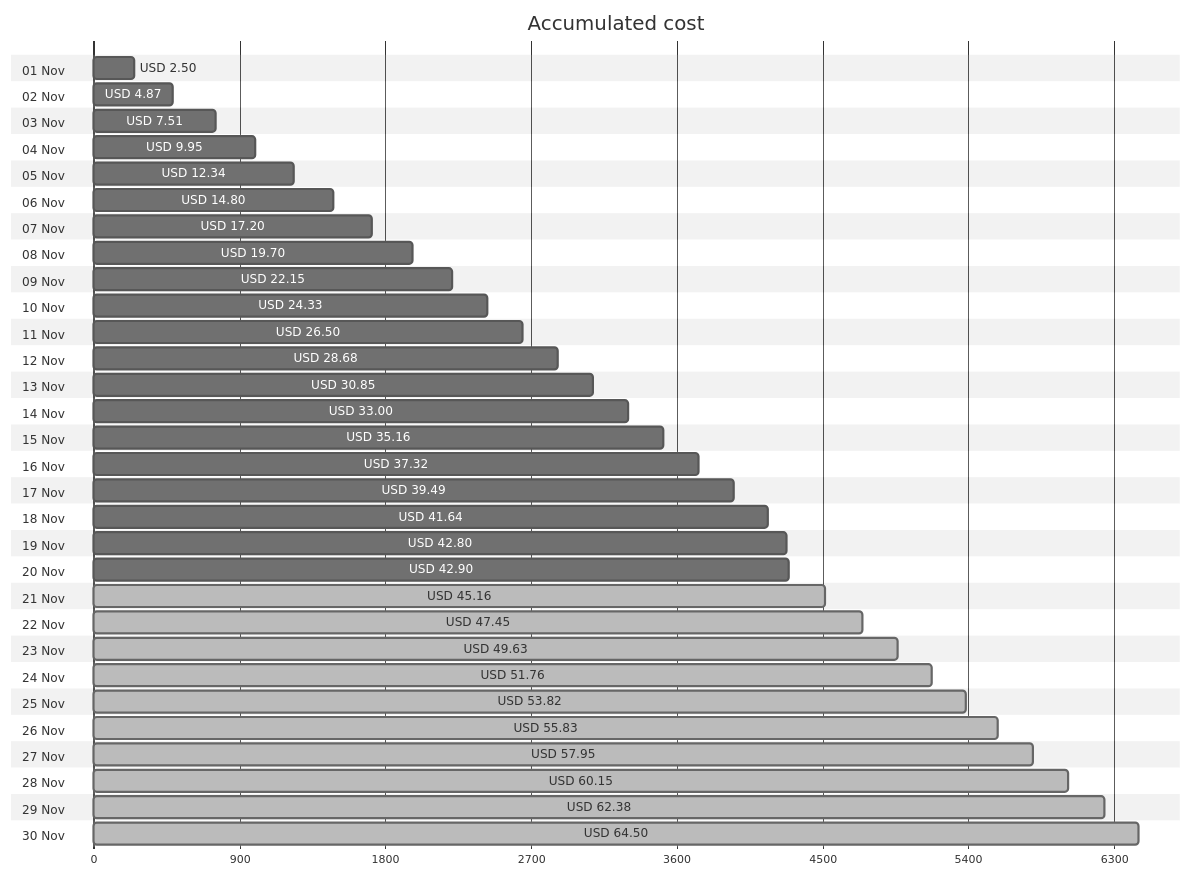
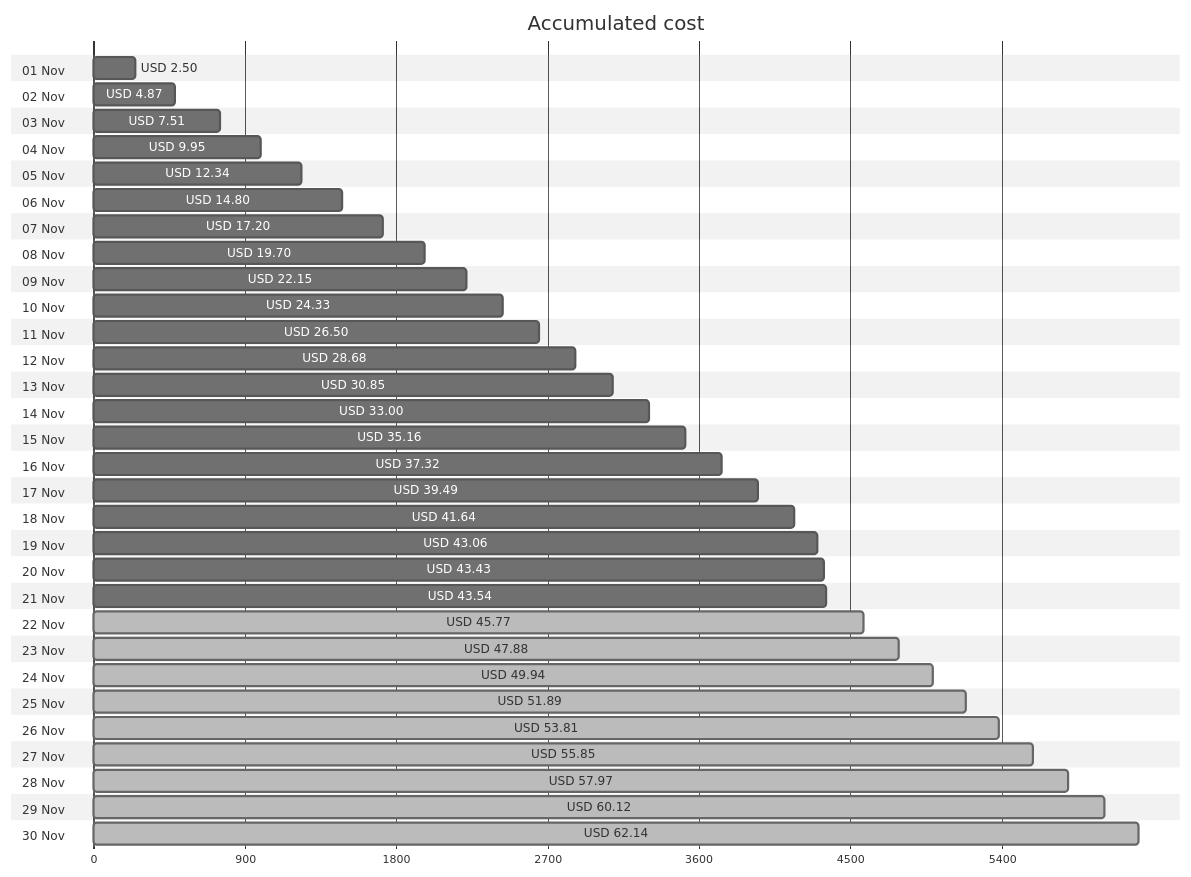
One commit to jpfulton/azure-personal-reports changed the first of 4 diagrams in cost-reports/accumulated-cost.md. Above: the diagram before and after it, drawn with Mermaid (neutral theme). The commit also changed other lines of this file and 4 other files, not shown here.

````diff
--- a/cost-reports/accumulated-cost.md
+++ b/cost-reports/accumulated-cost.md
@@ -20,66 +20,66 @@
 ```mermaid
 gantt
    title Accumulated cost
    dateFormat  X
    axisFormat %s
    section 01 Nov
    USD 2.50 :0, 250
    section 02 Nov
    USD 4.87 :0, 487
    section 03 Nov
    USD 7.51 :0, 751
    section 04 Nov
    USD 9.95 :0, 995
    section 05 Nov
    USD 12.34 :0, 1234
    section 06 Nov
    USD 14.80 :0, 1480
    section 07 Nov
    USD 17.20 :0, 1720
    section 08 Nov
    USD 19.70 :0, 1970
    section 09 Nov
    USD 22.15 :0, 2215
    section 10 Nov
    USD 24.33 :0, 2433
    section 11 Nov
    USD 26.50 :0, 2650
    section 12 Nov
    USD 28.68 :0, 2868
    section 13 Nov
    USD 30.85 :0, 3085
    section 14 Nov
    USD 33.00 :0, 3300
    section 15 Nov
    USD 35.16 :0, 3516
    section 16 Nov
    USD 37.32 :0, 3732
    section 17 Nov
    USD 39.49 :0, 3949
    section 18 Nov
    USD 41.64 :0, 4164
    section 19 Nov
-   USD 42.80 :0, 4280
+   USD 43.06 :0, 4306
    section 20 Nov
-   USD 42.90 :0, 4290
+   USD 43.43 :0, 4343
    section 21 Nov
-   USD 45.16 : done, 0, 4516
+   USD 43.54 :0, 4354
    section 22 Nov
-   USD 47.45 : done, 0, 4745
+   USD 45.77 : done, 0, 4577
    section 23 Nov
-   USD 49.63 : done, 0, 4963
+   USD 47.88 : done, 0, 4788
    section 24 Nov
-   USD 51.76 : done, 0, 5176
+   USD 49.94 : done, 0, 4994
    section 25 Nov
-   USD 53.82 : done, 0, 5382
+   USD 51.89 : done, 0, 5189
    section 26 Nov
-   USD 55.83 : done, 0, 5583
+   USD 53.81 : done, 0, 5381
    section 27 Nov
-   USD 57.95 : done, 0, 5795
+   USD 55.85 : done, 0, 5585
    section 28 Nov
-   USD 60.15 : done, 0, 6015
+   USD 57.97 : done, 0, 5797
    section 29 Nov
-   USD 62.38 : done, 0, 6238
+   USD 60.12 : done, 0, 6012
    section 30 Nov
-   USD 64.50 : done, 0, 6450
+   USD 62.14 : done, 0, 6214
 ```
````
